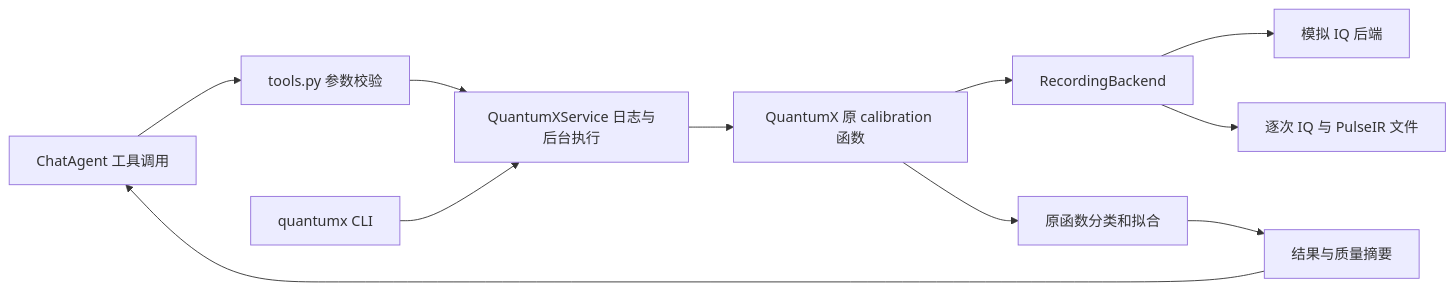
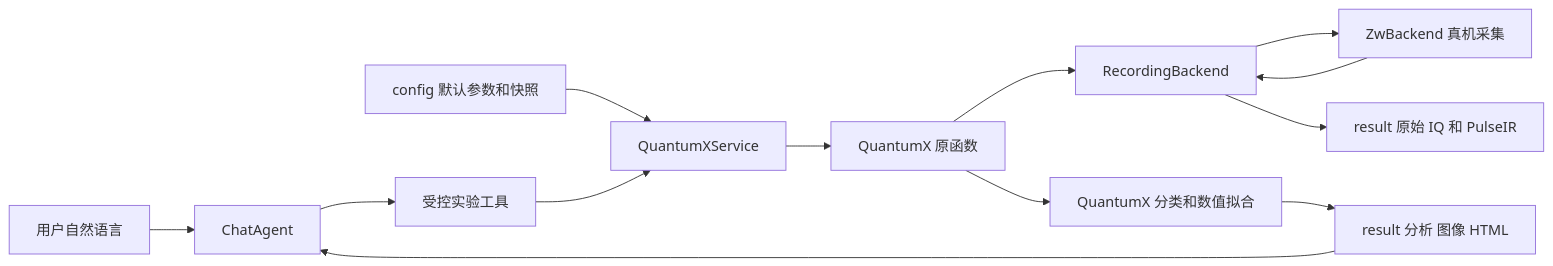
The diagram in docs/QUANTUMX2_USAGE.md (Chris-GuoWJ/QAgent), drawn with Mermaid before and after one commit. The commit also changed other lines of this file and 55 other files, not shown here.

Commit message:
refactor: use hardware-only QuantumX workflow with config and result folders

````diff
--- a/docs/QUANTUMX2_USAGE.md
+++ b/docs/QUANTUMX2_USAGE.md
@@ -48,13 +7,15 @@
-```mermaid
+~~~mermaid
 flowchart LR
-    A[ChatAgent 工具调用] --> T[tools.py 参数校验]
-    T --> S[QuantumXService 日志与后台执行]
-    C[quantumx CLI] --> S
-    S --> F[QuantumX 原 calibration 函数]
+    U[用户自然语言] --> A[ChatAgent]
+    A --> T[受控实验工具]
+    C[config 默认参数和快照] --> S[QuantumXService]
+    T --> S
+    S --> F[QuantumX 原函数]
     F --> R[RecordingBackend]
-    R --> B[模拟 IQ 后端]
-    R --> D[逐次 IQ 与 PulseIR 文件]
-    F --> N[原函数分类和拟合]
-    N --> E[结果与质量摘要]
-    E --> A
-```
+    R --> B[ZwBackend 真机采集]
+    B --> R
+    R --> D[result 原始 IQ 和 PulseIR]
+    F --> N[QuantumX 分类和数值拟合]
+    N --> O[result 分析 图像 HTML]
+    O --> A
+~~~
````
